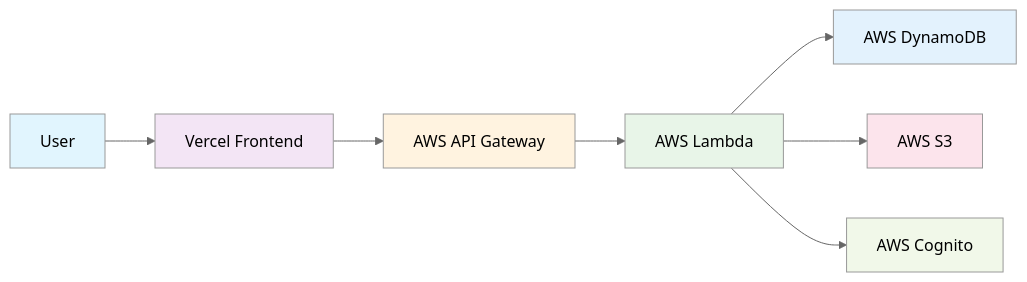
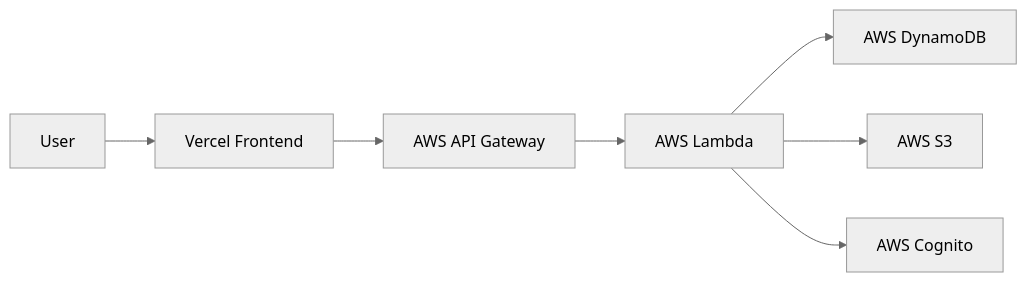
One commit to pardeep1916P/StoreIt changed the diagram in README.md. Above: the diagram before and after it, drawn with Mermaid (neutral theme).

````diff
--- a/README.md
+++ b/README.md
@@ -14,17 +14,9 @@
 ```mermaid
 graph LR
     A[User] --> B[Vercel Frontend]
     B --> C[AWS API Gateway]
     C --> D[AWS Lambda]
     D --> E[AWS DynamoDB]
     D --> F[AWS S3]
     D --> G[AWS Cognito]
-    
-    style A fill:#e1f5fe
-    style B fill:#f3e5f5
-    style C fill:#fff3e0
-    style D fill:#e8f5e8
-    style E fill:#e3f2fd
-    style F fill:#fce4ec
-    style G fill:#f1f8e9
 ```
````
